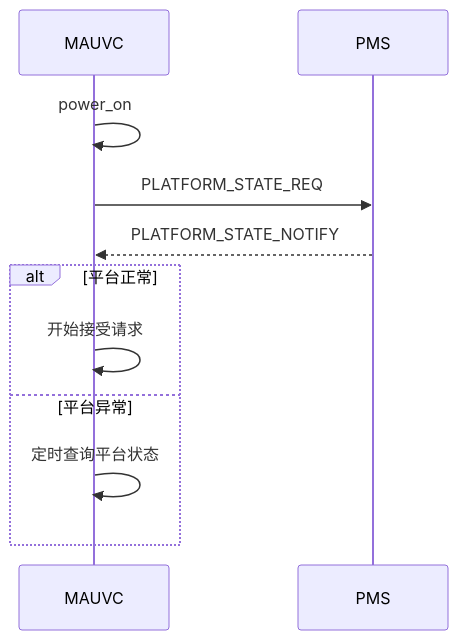
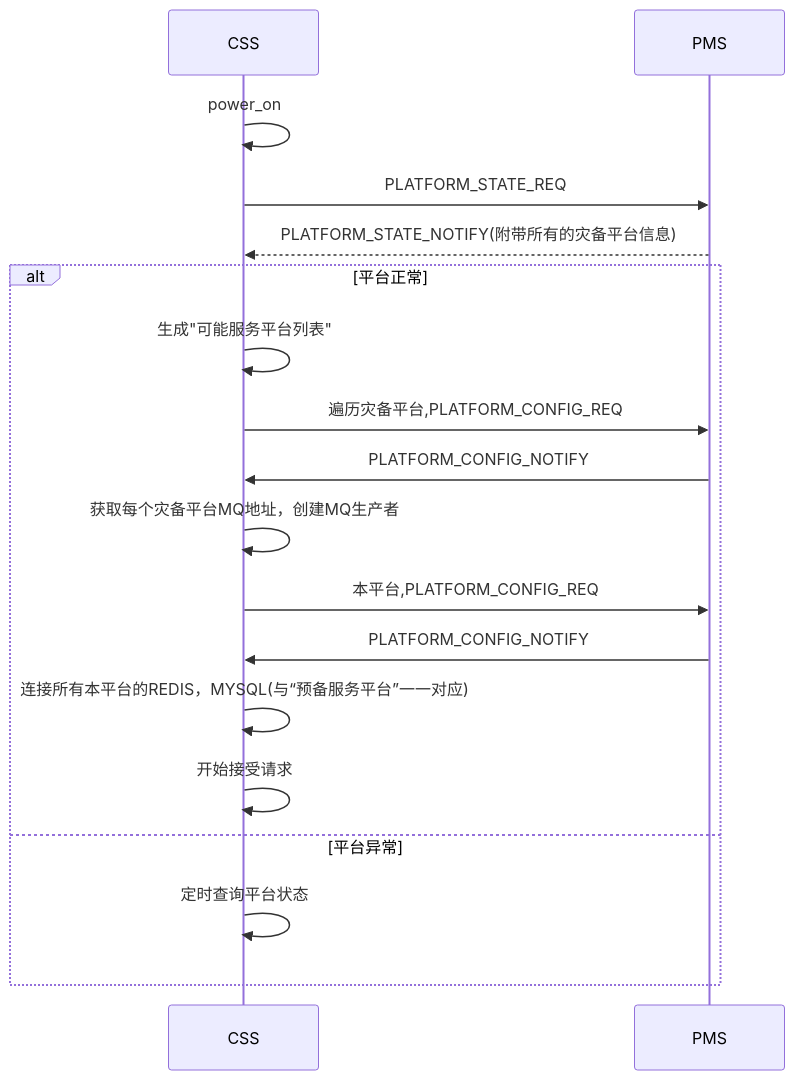
Before and after one commit to github188/w_doc: the fourth of 5 diagrams in x需求_/5.1sp4css/5.1sp4css概要设计.md, drawn with Mermaid. The commit also changed other lines of this file and 3 other files, not shown here.

````diff
--- a/x需求_/5.1sp4css/5.1sp4css概要设计.md
+++ b/x需求_/5.1sp4css/5.1sp4css概要设计.md
@@ -147,11 +146,18 @@
 ```mermaid
 sequenceDiagram
-MAUVC->>MAUVC: power_on
-MAUVC->>PMS: PLATFORM_STATE_REQ
-PMS-->>MAUVC: PLATFORM_STATE_NOTIFY
+CSS->>CSS: power_on
+CSS->>PMS: PLATFORM_STATE_REQ
+PMS-->>CSS: PLATFORM_STATE_NOTIFY(附带所有的灾备平台信息)
 ALT 平台正常
-	MAUVC->>MAUVC: 开始接受请求
+	CSS->>CSS: 生成"可能服务平台列表"
+	CSS->>PMS: 遍历灾备平台,PLATFORM_CONFIG_REQ
+	PMS->>CSS: PLATFORM_CONFIG_NOTIFY
+	CSS->>CSS: 获取每个灾备平台MQ地址，创建MQ生产者
+	CSS->>PMS: 本平台,PLATFORM_CONFIG_REQ
+	PMS->>CSS: PLATFORM_CONFIG_NOTIFY
+	CSS->>CSS: 连接所有本平台的REDIS，MYSQL(与“预备服务平台”一一对应)
+	CSS->>CSS: 开始接受请求
 ELSE 平台异常
-	MAUVC->>MAUVC: 定时查询平台状态
+	CSS->>CSS: 定时查询平台状态
 end
 ```
````
